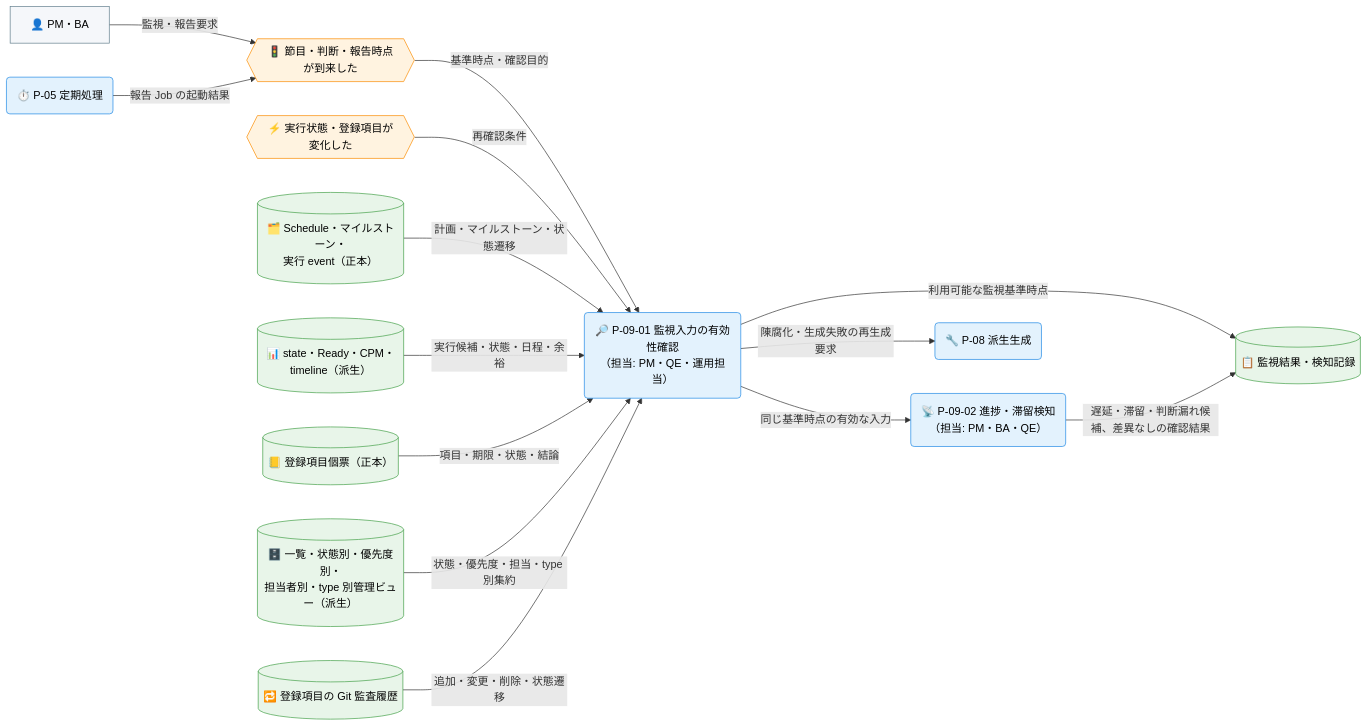
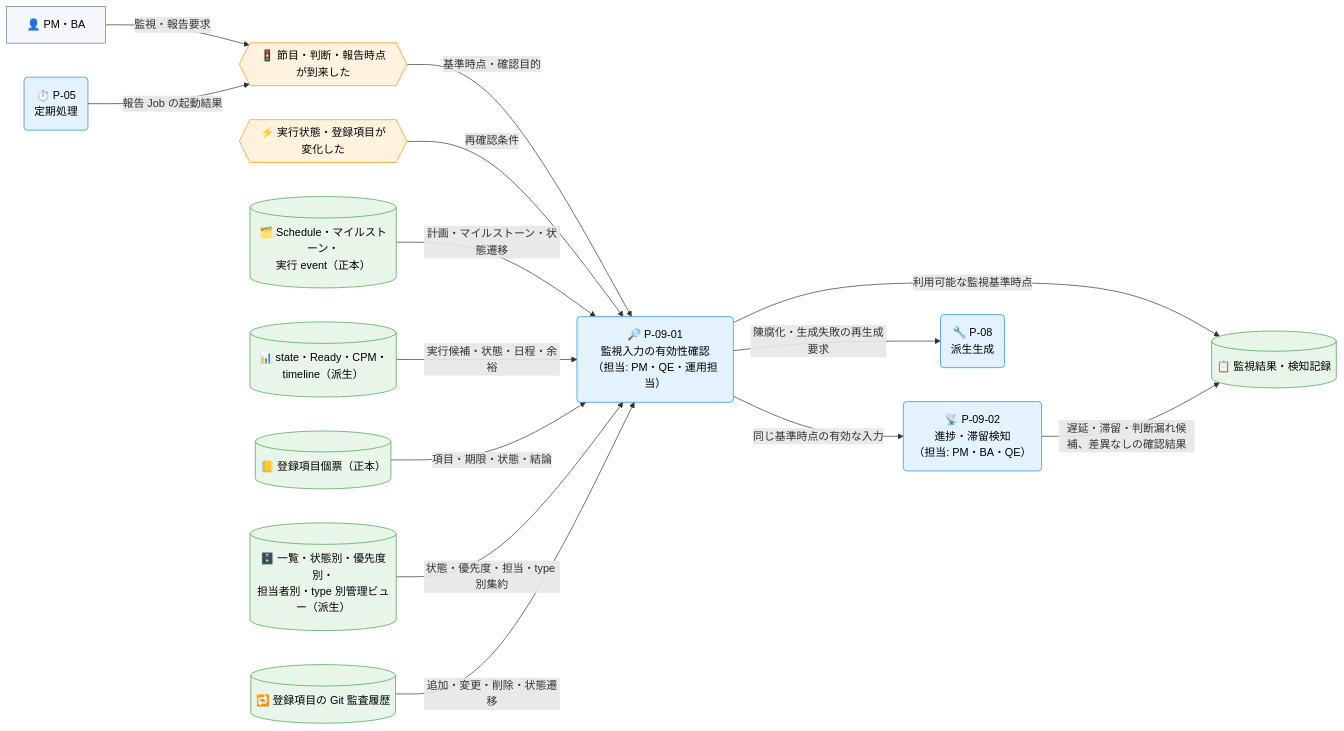
Before and after one commit to specdojo/specdojo: the first of 3 diagrams in docs/ja/product/010-business-specs/010-data-flow/cdfd-reporting.md, drawn with Mermaid. The commit also changed other lines of this file and 7 other files, not shown here.

````diff
--- a/docs/ja/product/010-business-specs/010-data-flow/cdfd-reporting.md
+++ b/docs/ja/product/010-business-specs/010-data-flow/cdfd-reporting.md
@@ -93,45 +93,45 @@
 ```mermaid
 flowchart LR
   classDef process fill:#e3f2fd,stroke:#1e88e5,color:#000
   classDef event fill:#fff3e0,stroke:#fb8c00,color:#000
   classDef store fill:#e8f5e9,stroke:#43a047,color:#000
   classDef actor fill:#f5f7fa,stroke:#607d8b,color:#000
 
   PMBA["👤 PM・BA"]
 
   報告時点到来{{"🚦 節目・判断・報告時点が到来した"}}
   状態変化発生{{"⚡ 実行状態・登録項目が変化した"}}
 
-  監視入力有効性確認("🔎 P-09-01 監視入力の有効性確認<br>（担当: PM・QE・運用担当）")
-  進捗滞留検知("📡 P-09-02 進捗・滞留検知<br>（担当: PM・BA・QE）")
+  監視入力有効性確認("🔎 P-09-01<br>監視入力の有効性確認<br>（担当: PM・QE・運用担当）")
+  進捗滞留検知("📡 P-09-02<br>進捗・滞留検知<br>（担当: PM・BA・QE）")
 
-  定期処理("⏱️ P-05 定期処理")
-  派生生成("🔧 P-08 派生生成")
+  定期処理("⏱️ P-05<br>定期処理")
+  派生生成("🔧 P-08<br>派生生成")
 
   Schedule実行正本[("🗂️ Schedule・マイルストーン・<br>実行 event（正本）")]
   計画派生情報[("📊 state・Ready・CPM・timeline（派生）")]
   登録項目個票[("📒 登録項目個票（正本）")]
   登録簿管理ビュー[("🗄️ 一覧・状態別・優先度別・<br>担当者別・type 別管理ビュー（派生）")]
   Git監査履歴[("🔁 登録項目の Git 監査履歴")]
   監視結果[("📋 監視結果・検知記録")]
 
   PMBA -->|"監視・報告要求"| 報告時点到来
   定期処理 -->|"報告 Job の起動結果"| 報告時点到来
   報告時点到来 -->|"基準時点・確認目的"| 監視入力有効性確認
   状態変化発生 -->|"再確認条件"| 監視入力有効性確認
   Schedule実行正本 -->|"計画・マイルストーン・状態遷移"| 監視入力有効性確認
   計画派生情報 -->|"実行候補・状態・日程・余裕"| 監視入力有効性確認
   登録項目個票 -->|"項目・期限・状態・結論"| 監視入力有効性確認
   登録簿管理ビュー -->|"状態・優先度・担当・type 別集約"| 監視入力有効性確認
   Git監査履歴 -->|"追加・変更・削除・状態遷移"| 監視入力有効性確認
 
   監視入力有効性確認 -->|"同じ基準時点の有効な入力"| 進捗滞留検知
   監視入力有効性確認 -->|"陳腐化・生成失敗の再生成要求"| 派生生成
   監視入力有効性確認 -->|"利用可能な監視基準時点"| 監視結果
   進捗滞留検知 -->|"遅延・滞留・判断漏れ候補、差異なしの確認結果"| 監視結果
 
   class 監視入力有効性確認,進捗滞留検知,定期処理,派生生成 process
   class 報告時点到来,状態変化発生 event
   class Schedule実行正本,計画派生情報,登録項目個票,登録簿管理ビュー,Git監査履歴,監視結果 store
   class PMBA actor
 ```
````
